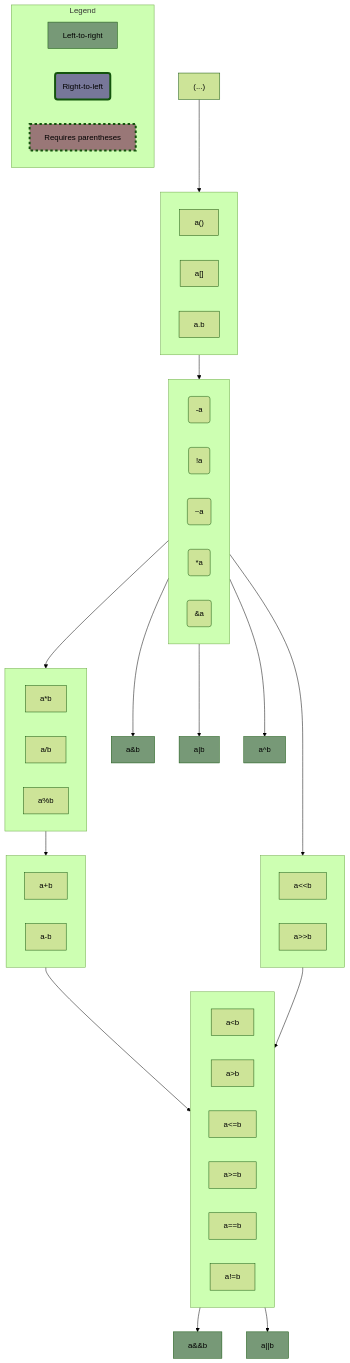
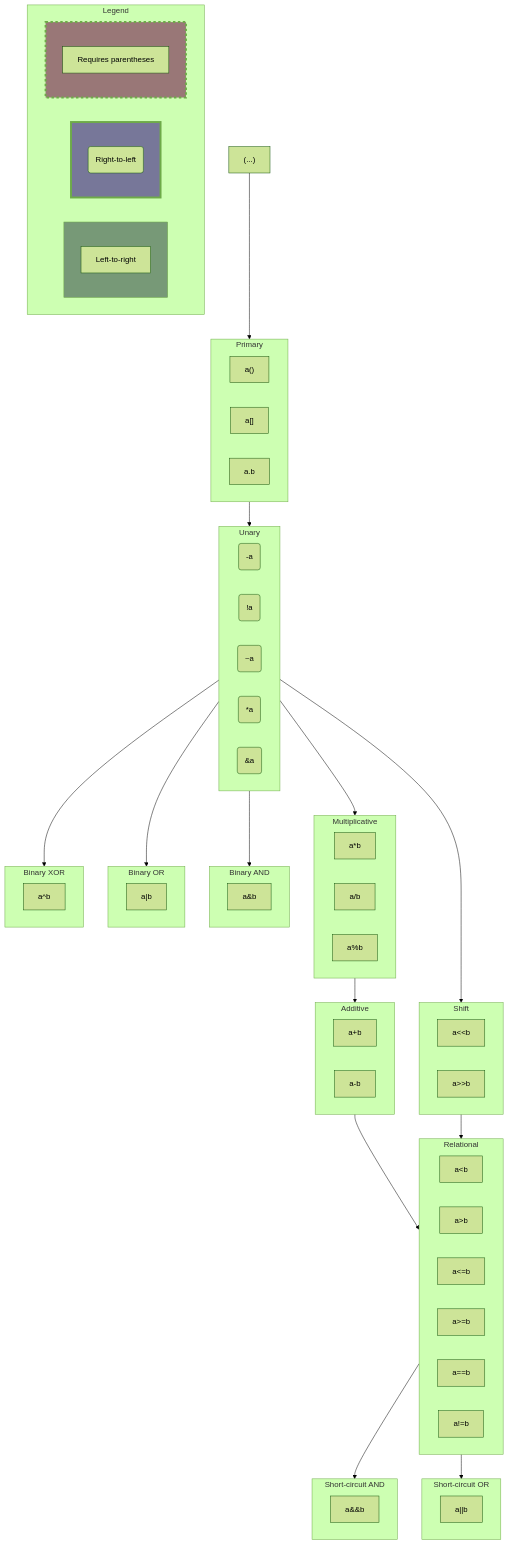
The diagram in wgsl/diagrams/operators_1.mmd (gpuweb/gpuweb), drawn with Mermaid (forest theme) before and after one commit. The commit also changed 2 other files, not shown here.

```diff
--- a/wgsl/diagrams/operators_1.mmd
+++ b/wgsl/diagrams/operators_1.mmd
@@ -1,61 +1,90 @@
 flowchart TD
     classDef ltrGraph fill:#797;
     classDef rtlGraph fill:#779,stroke-width:4px;
     classDef noneGraph fill:#977,stroke-width:4px,stroke-dasharray: 5 5;
     subgraph legend["Legend"]
-    legend0["Left-to-right"]:::ltrGraph
-    legend1("Right-to-left"):::rtlGraph
-    legend2["Requires parentheses"]:::noneGraph
+    subgraph legend0[" "]
+    legend00["Left-to-right"]
+    end
+    subgraph legend1[" "]
+    legend10("Right-to-left")
+    end
+    subgraph legend2[" "]
+    legend20["Requires parentheses"]
+    end
+    class legend0 ltrGraph;
+    class legend1 rtlGraph;
+    class legend2 noneGraph;
     end
     A["(...)"]
-    subgraph primary[" "]
+    subgraph primary["Primary"]
     primary0["a()"]
     primary1["a[]"]
     primary2["a.b"]
     end
-    subgraph unary[" "]
+    subgraph unary["Unary"]
     unary0("-a")
     unary1("!a")
     unary2("~a")
     unary3("*a")
     unary4("&a")
     end
-    subgraph multiplicative[" "]
+    subgraph multiplicative["Multiplicative"]
     multiplicative0["a*b"]
     multiplicative1["a/b"]
     multiplicative2["a%b"]
     end
-    subgraph additive[" "]
+    subgraph additive["Additive"]
     additive0["a+b"]
     additive1["a-b"]
     end
-    subgraph shift[" "]
+    subgraph shift["Shift"]
     shift0["a&lt;&lt;b"]
     shift1["a>>b"]
     end
-    subgraph relational[" "]
+    subgraph relational["Relational"]
     relational0["a&lt;b"]
     relational1["a>b"]
     relational2["a&lt;=b"]
     relational3["a>=b"]
     relational4["a==b"]
     relational5["a!=b"]
     end
+    subgraph binary0["Binary AND"]
+    binary00["a&b"]
+    end
+    subgraph binary1["Binary OR"]
+    binary10["a|b"]
+    end
+    subgraph binary2["Binary XOR"]
+    binary20["a^b"]
+    end
+    subgraph shortcircuit0["Short-circuit AND"]
+    shortcircuit00["a&&b"]
+    end
+    subgraph shortcircuit1["Short-circuit OR"]
+    shortcircuit10["a||b"]
+    end
     class primary ltrGraph;
     class unary rtlGraph;
     class multiplicative ltrGraph;
     class additive ltrGraph;
     class shift noneGraph;
     class relational noneGraph;
-    A-->primary
-    primary-->unary
-    unary-->multiplicative
-    unary-->shift
-    unary-->binary0["a&b"]:::ltrGraph;
-    unary-->binary1["a|b"]:::ltrGraph;
-    unary-->binary2["a^b"]:::ltrGraph;
+    class binary0 ltrGraph;
+    class binary1 ltrGraph;
+    class binary2 ltrGraph;
+    class shortcircuit0 ltrGraph;
+    class shortcircuit1 ltrGraph;
+    A-->primary;
+    primary-->unary;
+    unary-->multiplicative;
+    unary-->shift;
+    unary-->binary0;
+    unary-->binary1;
+    unary-->binary2;
     multiplicative-->additive
-    additive-->relational
-    shift-->relational
-    relational-->shortcircuit0["a&&b"]:::ltrGraph;
-    relational-->shortcircuit1["a||b"]:::ltrGraph;
+    additive-->relational;
+    shift-->relational;
+    relational-->shortcircuit0;
+    relational-->shortcircuit1;
```
